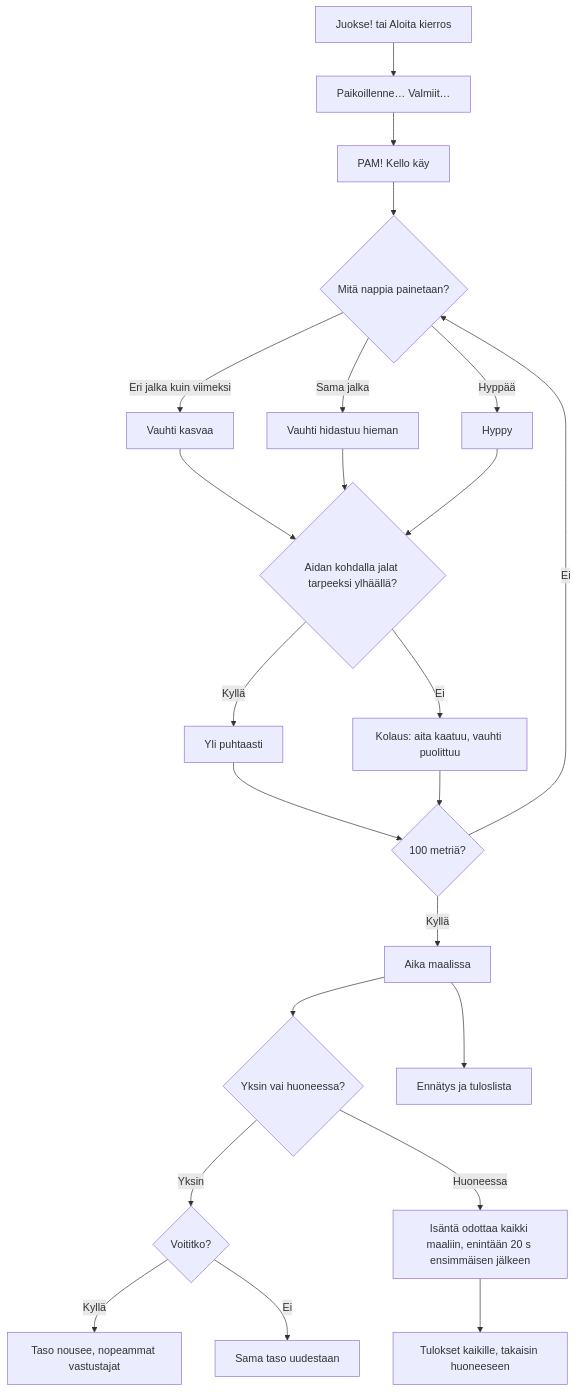
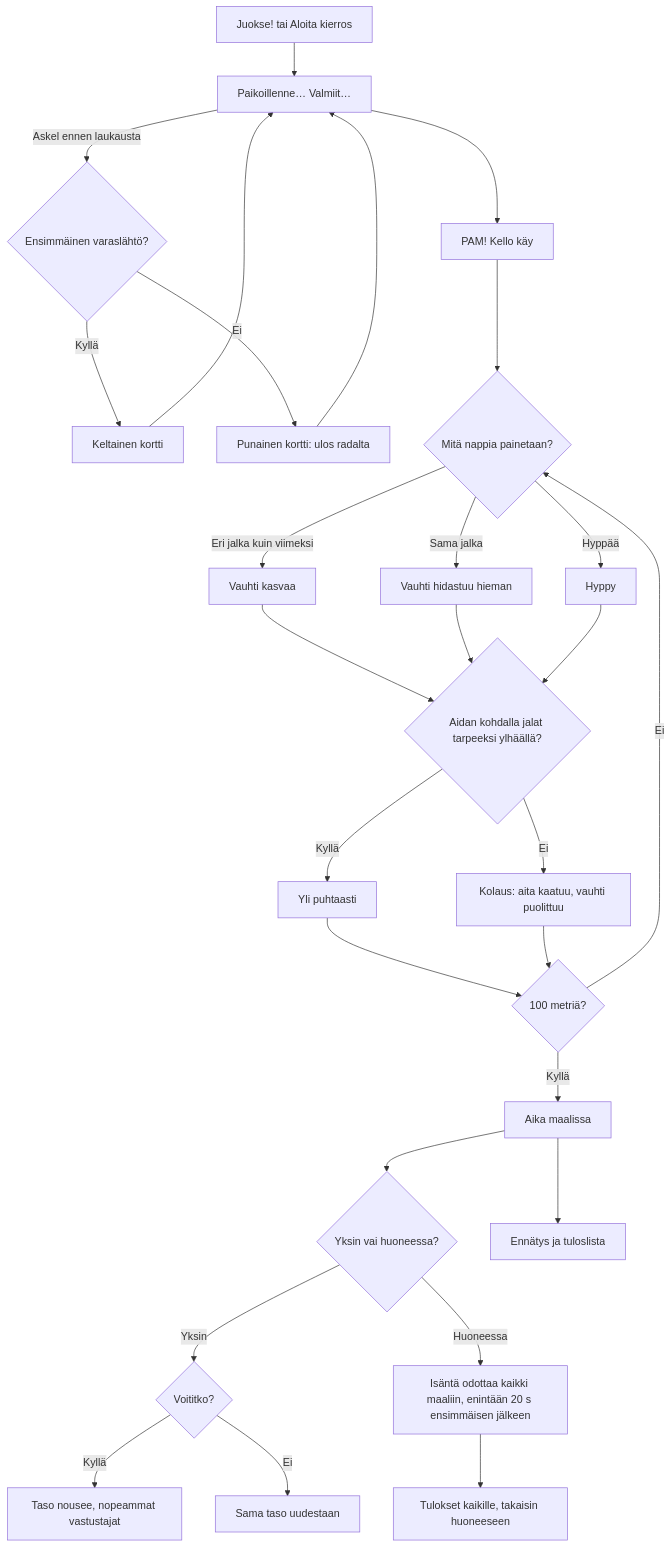
One commit to eerovil/ai-pelit changed the diagram in docs/diagrams/aitajuoksu.md. Above: the diagram before and after it, drawn with Mermaid. The commit also changed other lines of this file and 3 other files, not shown here.

````diff
--- a/docs/diagrams/aitajuoksu.md
+++ b/docs/diagrams/aitajuoksu.md
@@ -9,31 +10,36 @@
 ```mermaid
 flowchart TD
   A[Juokse! tai Aloita kierros] --> B[Paikoillenne… Valmiit…]
   B --> C[PAM! Kello käy]
+  B -- Askel ennen laukausta --> FS{Ensimmäinen varaslähtö?}
+  FS -- Kyllä --> YC[Keltainen kortti]
+  FS -- Ei --> RC[Punainen kortti: ulos radalta]
+  YC --> B
+  RC --> B
   C --> D{Mitä nappia painetaan?}
   D -- Eri jalka kuin viimeksi --> E[Vauhti kasvaa]
   D -- Sama jalka --> F[Vauhti hidastuu hieman]
   D -- Hyppää --> G[Hyppy]
   E --> H{Aidan kohdalla jalat tarpeeksi ylhäällä?}
   F --> H
   G --> H
   H -- Kyllä --> I[Yli puhtaasti]
   H -- Ei --> J[Kolaus: aita kaatuu, vauhti puolittuu]
   I --> K{100 metriä?}
   J --> K
   K -- Ei --> D
   K -- Kyllä --> L[Aika maalissa]
   L --> M{Yksin vai huoneessa?}
   M -- Yksin --> N{Voititko?}
   N -- Kyllä --> O[Taso nousee, nopeammat vastustajat]
   N -- Ei --> P[Sama taso uudestaan]
   M -- Huoneessa --> Q[Isäntä odottaa kaikki maaliin, enintään 20 s ensimmäisen jälkeen]
   Q --> R[Tulokset kaikille, takaisin huoneeseen]
   L --> S[Ennätys ja tuloslista]
   class A,B,C,D blue
-  class H,K,M,N amber
+  class H,K,M,N,FS,YC amber
   class E,F,G,I teal
   class Q,R violet
   class L,O,S green
-  class J,P rose
+  class J,P,RC rose
 ```
````
